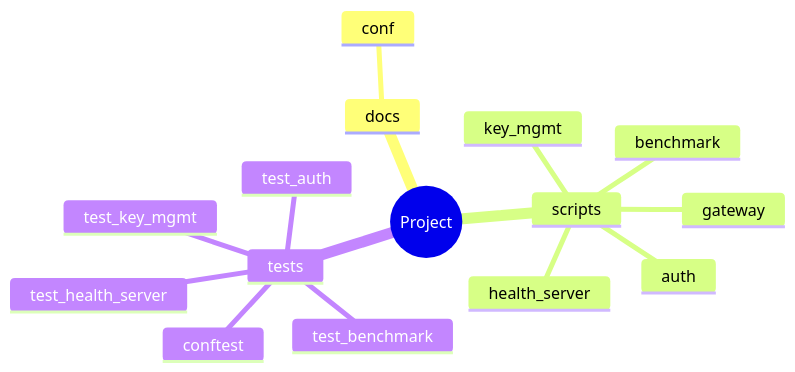
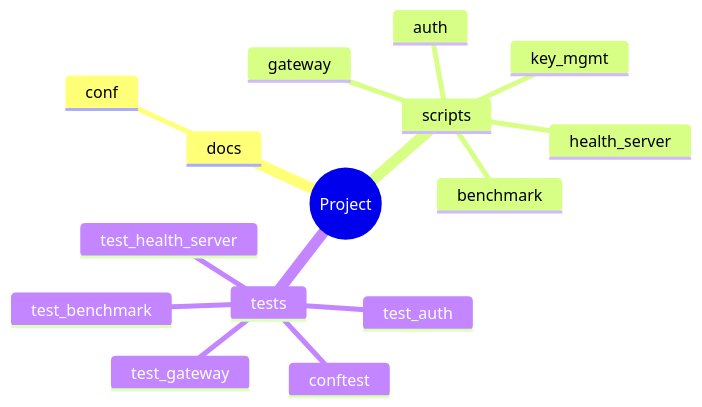
One commit to zepfu/llama-gguf-inference changed the fifth of 8 diagrams in docs/auto/ARCHITECTURE_AUTO.md. Above: the diagram before and after it, drawn with Mermaid. The commit also changed other lines of this file and 2 other files, not shown here.

````diff
--- a/docs/auto/ARCHITECTURE_AUTO.md
+++ b/docs/auto/ARCHITECTURE_AUTO.md
@@ -154,18 +178,18 @@
 ```mermaid
 mindmap
   root((Project))
     docs
       conf
     scripts
-      health_server
       key_mgmt
       benchmark
+      auth
       gateway
-      auth
+      health_server
     tests
-      test_benchmark
+      conftest
+      test_gateway
       test_health_server
       test_auth
-      test_key_mgmt
-      conftest
+      test_benchmark
 ```
````
